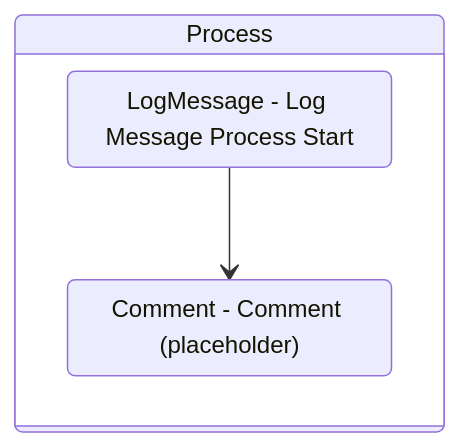
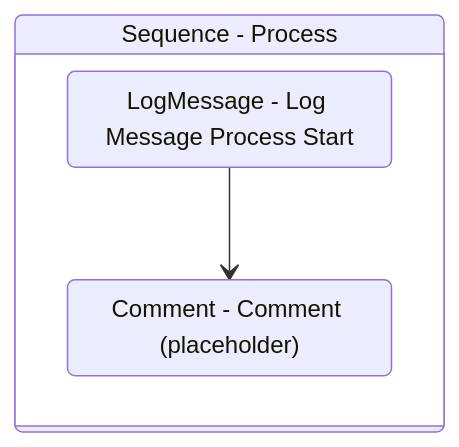
The diagram in Documentation/.templates/Performers/REFramework/Framework/Process.md (yashbrahmbhatt/LazyFramework), drawn with Mermaid before and after one commit. The commit also changed other lines of this file and 78 other files, not shown here.

````diff
--- a/Documentation/.templates/Performers/REFramework/Framework/Process.md
+++ b/Documentation/.templates/Performers/REFramework/Framework/Process.md
@@ -77,12 +77,12 @@
 ```mermaid
 stateDiagram-v2
 
 
-Sequence_2: Process
+Sequence_2: Sequence - Process
 state Sequence_2 {
 direction TB
 LogMessage_1 : LogMessage - Log Message Process Start
 Comment_1 : Comment - Comment (placeholder)
 LogMessage_1 --> Comment_1
 }
 ```
````
